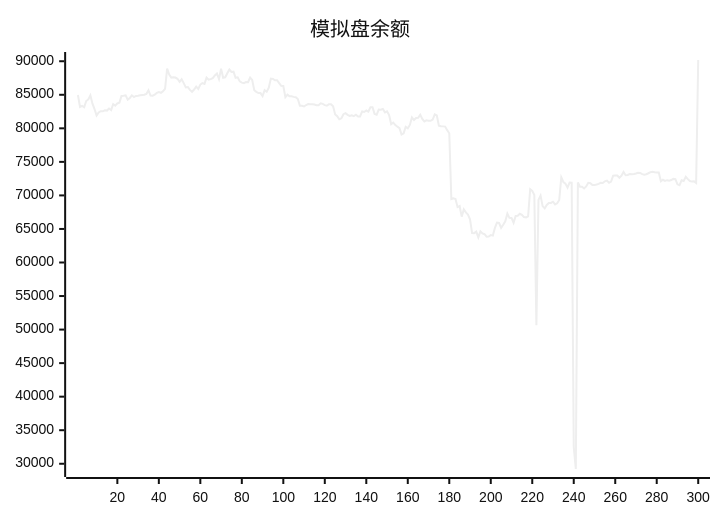
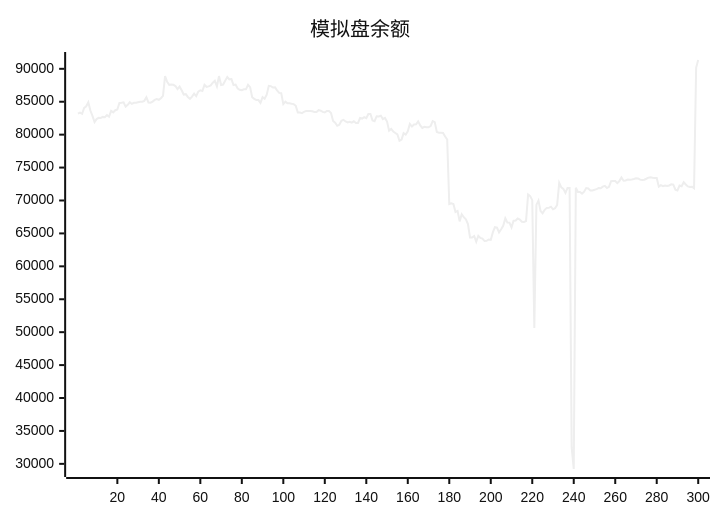
One commit to aahl/ai-trading changed the diagram in README.md. Above: the diagram before and after it, drawn with Mermaid (neutral theme). The commit also changed other lines of this file and 1 other file, not shown here.

````diff
--- a/README.md
+++ b/README.md
@@ -5,5 +5,5 @@
 ```mermaid
 xychart
     title "模拟盘余额"
-    line [84970,83180,83338,83157,84070,84309,84922,83667,82850,81924,82369,82552,82539,82695,82648,82962,82728,83619,83378,83710,83825,84819,84854,84917,84265,84527,84919,84668,84834,84850,84916,84981,85004,85131,85674,84891,84864,85019,85284,85393,85294,85538,85894,88904,88012,87567,87625,87568,87386,86920,87313,86737,86094,86143,85725,85437,85787,86219,85859,86526,86740,86630,87563,87264,87335,87483,87886,88180,87335,88894,87544,87608,88207,88755,88401,88444,87543,87608,87000,86810,86740,86894,86884,87576,87209,85686,85435,85251,85255,84820,85689,85453,86066,87420,87373,87161,87178,86740,86341,86315,84643,85012,84772,84768,84690,84635,84376,83360,83357,83259,83474,83608,83606,83602,83548,83440,83454,83724,83644,83464,83365,83590,83592,83275,82072,81806,81344,81492,82109,82254,82006,81848,81955,81829,82022,81769,81776,82522,82441,82656,82498,83144,83144,82150,82038,82797,82763,82872,82367,82536,81981,80612,80862,80484,80242,80034,79063,79245,80226,80016,80507,81625,81233,81544,81578,82016,81401,81019,81186,81130,81118,81306,82066,81909,80392,80304,80291,80258,79729,79261,69466,69579,69456,68251,68415,66832,67911,67462,67144,66432,64380,64375,64606,63740,64647,64324,64216,63842,63877,64078,64008,65156,65945,65888,65157,65625,66144,67284,66653,66639,65924,66925,66956,67263,67108,66766,66729,66886,70927,70673,70049,50652,69334,69973,68400,68061,68578,68876,68879,69055,68662,68822,69329,72687,71999,71760,71162,71911,71896,32500,29218,71927,71297,71305,71044,71337,71883,71822,71536,71536,71622,71723,71880,71860,72100,72216,71887,72077,72940,72976,72966,72638,72948,73497,73004,73041,73173,73160,73186,73258,73375,73351,73173,73098,73161,73305,73474,73536,73457,73413,73412,72100,72333,72164,72272,72204,72285,72461,72421,71652,71521,72267,72157,72774,72424,72144,72060,72091,71858,90185]
+    line [83180,83338,83157,84070,84309,84922,83667,82850,81924,82369,82552,82539,82695,82648,82962,82728,83619,83378,83710,83825,84819,84854,84917,84265,84527,84919,84668,84834,84850,84916,84981,85004,85131,85674,84891,84864,85019,85284,85393,85294,85538,85894,88904,88012,87567,87625,87568,87386,86920,87313,86737,86094,86143,85725,85437,85787,86219,85859,86526,86740,86630,87563,87264,87335,87483,87886,88180,87335,88894,87544,87608,88207,88755,88401,88444,87543,87608,87000,86810,86740,86894,86884,87576,87209,85686,85435,85251,85255,84820,85689,85453,86066,87420,87373,87161,87178,86740,86341,86315,84643,85012,84772,84768,84690,84635,84376,83360,83357,83259,83474,83608,83606,83602,83548,83440,83454,83724,83644,83464,83365,83590,83592,83275,82072,81806,81344,81492,82109,82254,82006,81848,81955,81829,82022,81769,81776,82522,82441,82656,82498,83144,83144,82150,82038,82797,82763,82872,82367,82536,81981,80612,80862,80484,80242,80034,79063,79245,80226,80016,80507,81625,81233,81544,81578,82016,81401,81019,81186,81130,81118,81306,82066,81909,80392,80304,80291,80258,79729,79261,69466,69579,69456,68251,68415,66832,67911,67462,67144,66432,64380,64375,64606,63740,64647,64324,64216,63842,63877,64078,64008,65156,65945,65888,65157,65625,66144,67284,66653,66639,65924,66925,66956,67263,67108,66766,66729,66886,70927,70673,70049,50652,69334,69973,68400,68061,68578,68876,68879,69055,68662,68822,69329,72687,71999,71760,71162,71911,71896,32500,29218,71927,71297,71305,71044,71337,71883,71822,71536,71536,71622,71723,71880,71860,72100,72216,71887,72077,72940,72976,72966,72638,72948,73497,73004,73041,73173,73160,73186,73258,73375,73351,73173,73098,73161,73305,73474,73536,73457,73413,73412,72100,72333,72164,72272,72204,72285,72461,72421,71652,71521,72267,72157,72774,72424,72144,72060,72091,71858,90185,91338]
 ```
````
